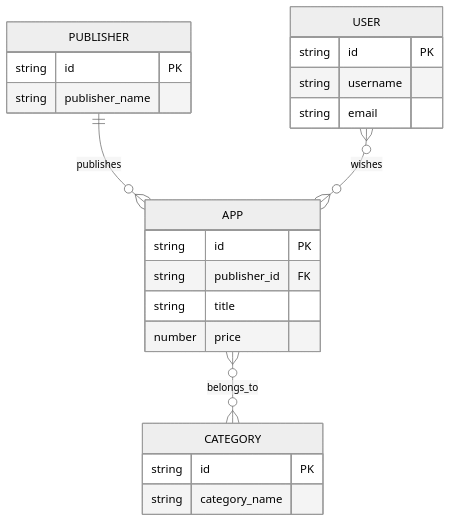
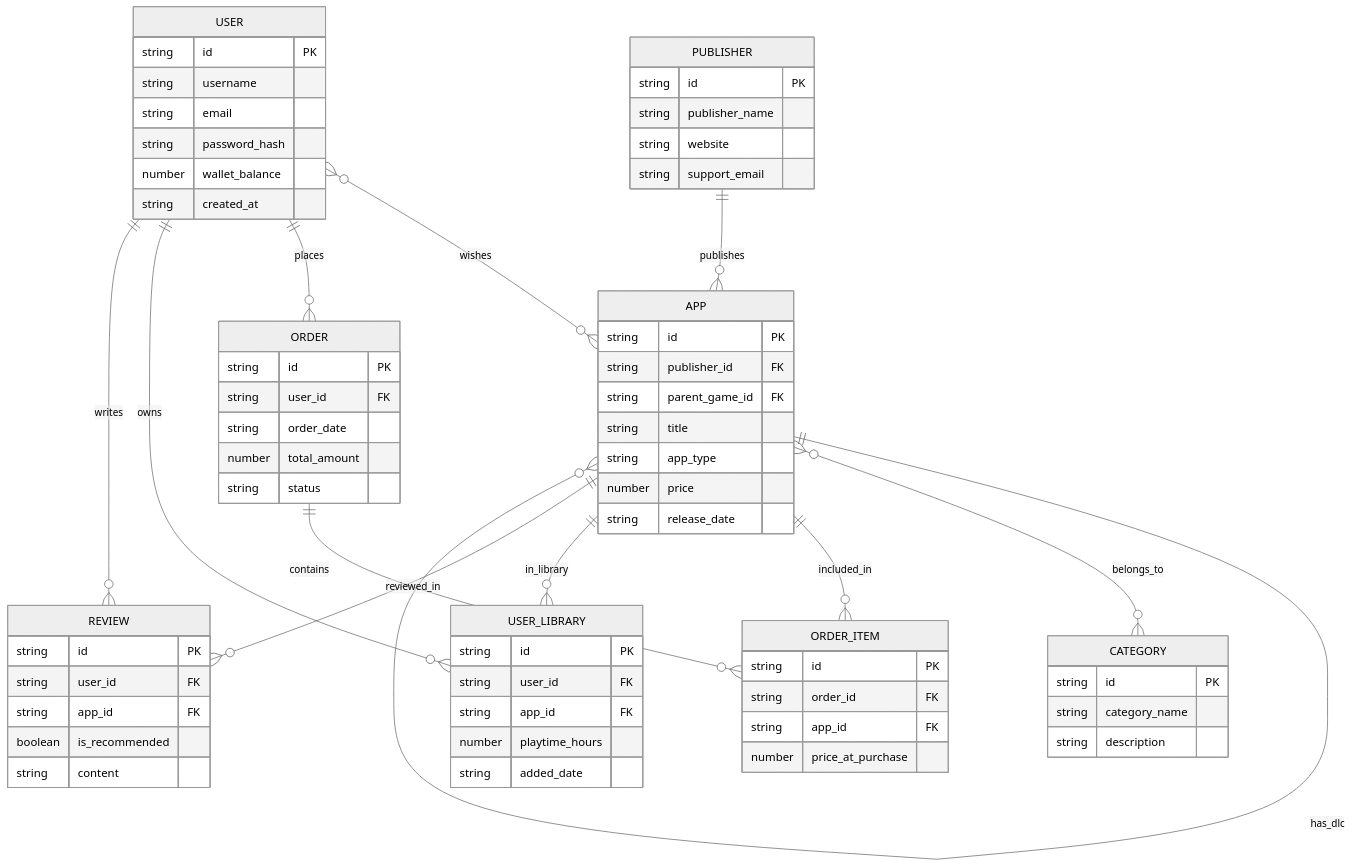
The diagram in lab1/model.md (fntksnd11/-Requirements-Modeling-and-Analysis), drawn with Mermaid (neutral theme) before and after one commit.

Commit message:
Add new entities and relationships to model

````diff
--- a/lab1/model.md
+++ b/lab1/model.md
@@ -3,29 +3,77 @@
 ```mermaid
 erDiagram
     USER {
         string id PK
         string username
         string email
+        string password_hash
+        number wallet_balance
+        string created_at
     }
 
     PUBLISHER {
         string id PK
         string publisher_name
+        string website
+        string support_email
     }
 
     APP {
         string id PK
         string publisher_id FK
+        string parent_game_id FK
         string title
+        string app_type
         number price
+        string release_date
     }
 
     CATEGORY {
         string id PK
         string category_name
+        string description
+    }
+
+    ORDER {
+        string id PK
+        string user_id FK
+        string order_date
+        number total_amount
+        string status
+    }
+
+    ORDER_ITEM {
+        string id PK
+        string order_id FK
+        string app_id FK
+        number price_at_purchase
+    }
+
+    USER_LIBRARY {
+        string id PK
+        string user_id FK
+        string app_id FK
+        number playtime_hours
+        string added_date
+    }
+
+    REVIEW {
+        string id PK
+        string user_id FK
+        string app_id FK
+        boolean is_recommended
+        string content
     }
 
     PUBLISHER ||--o{ APP : "publishes"
+    APP ||--o{ APP : "has_dlc"
     APP }o--o{ CATEGORY : "belongs_to"
     USER }o--o{ APP : "wishes"
+    USER ||--o{ ORDER : "places"
+    ORDER ||--o{ ORDER_ITEM : "contains"
+    APP ||--o{ ORDER_ITEM : "included_in"
+    USER ||--o{ USER_LIBRARY : "owns"
+    APP ||--o{ USER_LIBRARY : "in_library"
+    USER ||--o{ REVIEW : "writes"
+    APP ||--o{ REVIEW : "reviewed_in"
 ```
````
